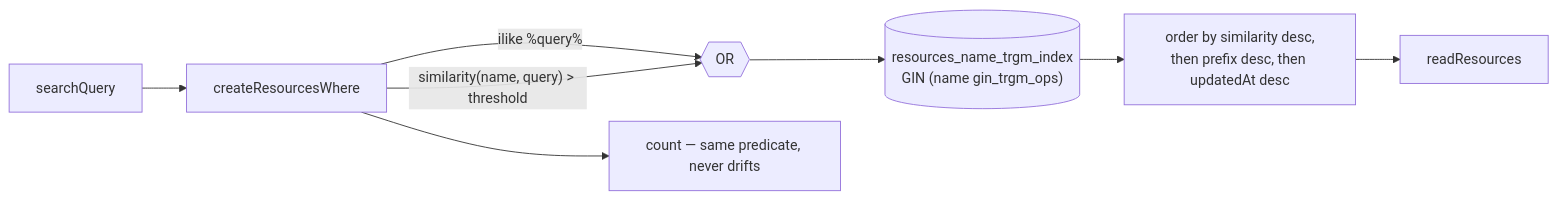
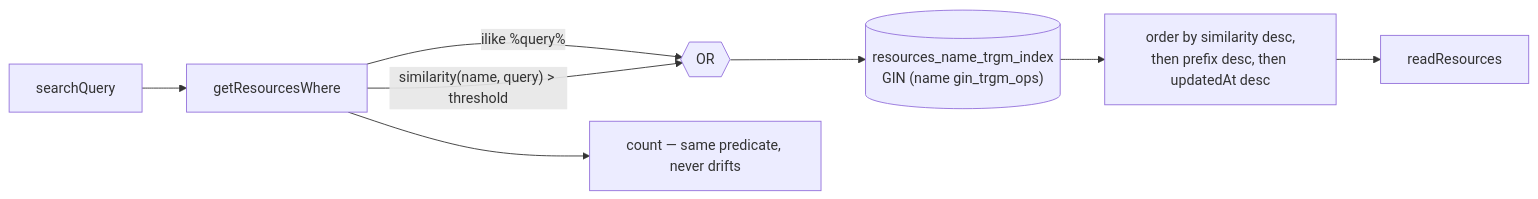
One commit to Esposter/Esposter changed the diagram in packages/app/content/docs/platform/global-search-relevance.md. Above: the diagram before and after it, drawn with Mermaid. The commit also changed other lines of this file and 8 other files, not shown here.

````diff
--- a/packages/app/content/docs/platform/global-search-relevance.md
+++ b/packages/app/content/docs/platform/global-search-relevance.md
@@ -20,10 +20,10 @@
 ```mermaid
 flowchart LR
-  Q["searchQuery"] --> W["createResourcesWhere"]
+  Q["searchQuery"] --> W["getResourcesWhere"]
   W -->|"ilike %query%"| OR{{"OR"}}
   W -->|"similarity(name, query) > threshold"| OR
   OR --> IDX[("resources_name_trgm_index<br/>GIN (name gin_trgm_ops)")]
   IDX --> RANK["order by similarity desc,<br/>then prefix desc, then updatedAt desc"]
   RANK --> LIST["readResources"]
   W --> CNT["count — same predicate, never drifts"]
 ```
````
